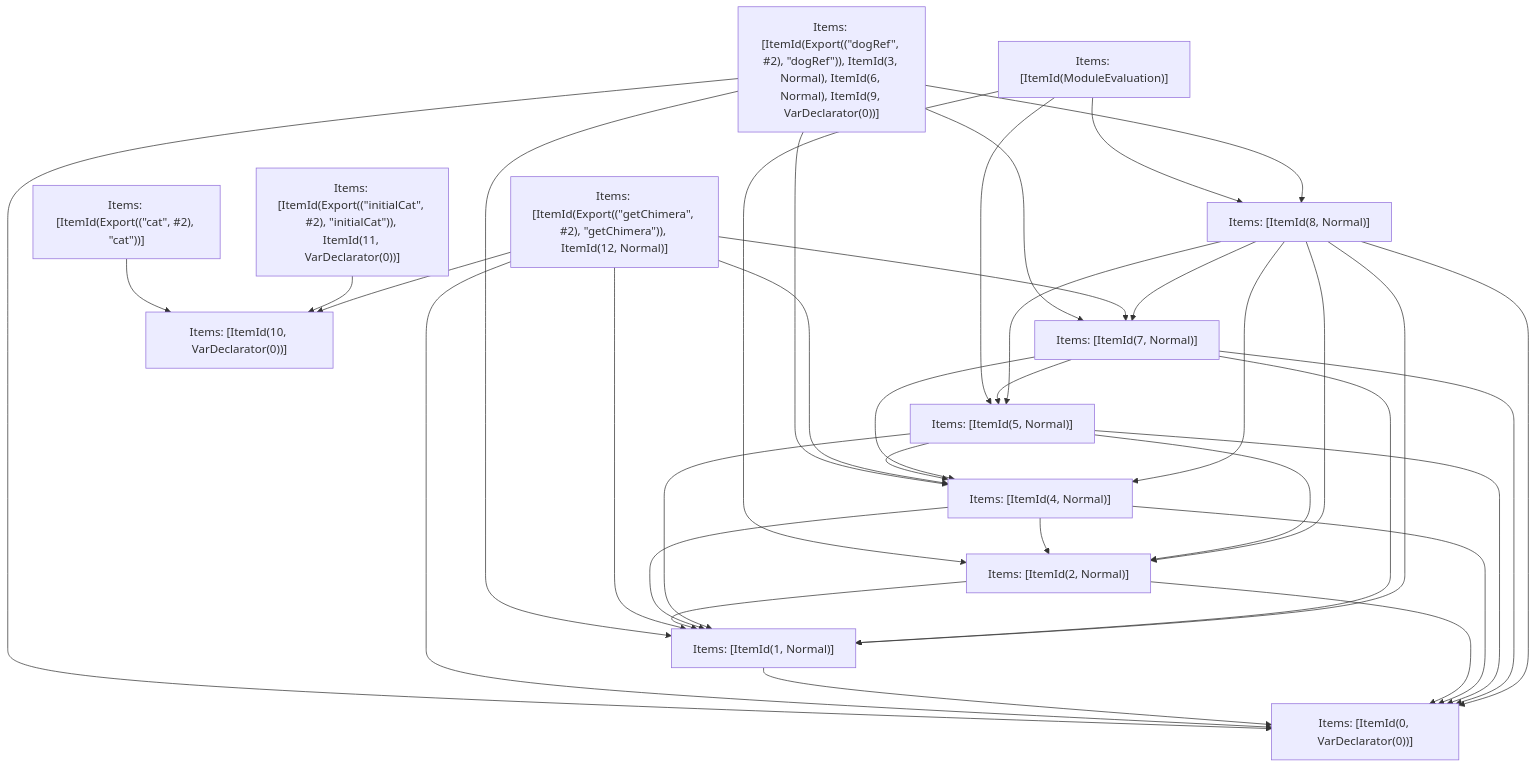
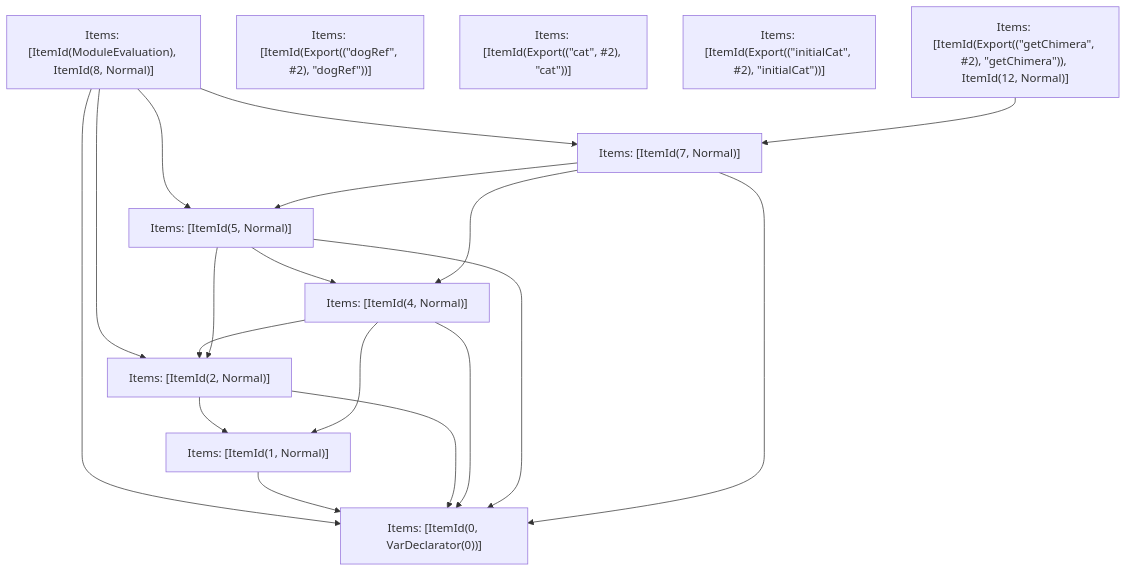
Before and after one commit to vercel/turborepo: the fifth of 5 diagrams in crates/turbopack-ecmascript/tests/tree-shaker/analyzer/complex/output.md, drawn with Mermaid. The commit also changed other lines of this file and 20 other files, not shown here.

````diff
--- a/crates/turbopack-ecmascript/tests/tree-shaker/analyzer/complex/output.md
+++ b/crates/turbopack-ecmascript/tests/tree-shaker/analyzer/complex/output.md
@@ -382,51 +347,31 @@
 ```mermaid
 graph TD
-    N0["Items: [ItemId(ModuleEvaluation)]"];
-    N1["Items: [ItemId(Export((&quot;dogRef&quot;, #2), &quot;dogRef&quot;)), ItemId(3, Normal), ItemId(6, Normal), ItemId(9, VarDeclarator(0))]"];
+    N0["Items: [ItemId(ModuleEvaluation), ItemId(8, Normal)]"];
+    N1["Items: [ItemId(Export((&quot;dogRef&quot;, #2), &quot;dogRef&quot;))]"];
     N2["Items: [ItemId(Export((&quot;cat&quot;, #2), &quot;cat&quot;))]"];
-    N3["Items: [ItemId(Export((&quot;initialCat&quot;, #2), &quot;initialCat&quot;)), ItemId(11, VarDeclarator(0))]"];
+    N3["Items: [ItemId(Export((&quot;initialCat&quot;, #2), &quot;initialCat&quot;))]"];
     N4["Items: [ItemId(Export((&quot;getChimera&quot;, #2), &quot;getChimera&quot;)), ItemId(12, Normal)]"];
     N5["Items: [ItemId(0, VarDeclarator(0))]"];
     N6["Items: [ItemId(1, Normal)]"];
     N7["Items: [ItemId(2, Normal)]"];
     N8["Items: [ItemId(4, Normal)]"];
     N9["Items: [ItemId(5, Normal)]"];
     N10["Items: [ItemId(7, Normal)]"];
-    N11["Items: [ItemId(8, Normal)]"];
-    N12["Items: [ItemId(10, VarDeclarator(0))]"];
     N0 --> N7;
     N0 --> N9;
-    N0 --> N11;
-    N1 --> N5;
-    N1 --> N6;
-    N1 --> N8;
-    N1 --> N10;
-    N1 --> N11;
-    N2 --> N12;
-    N3 --> N12;
-    N4 --> N12;
-    N4 --> N5;
-    N4 --> N6;
-    N4 --> N8;
+    N0 --> N10;
+    N0 --> N5;
     N4 --> N10;
     N6 --> N5;
+    N7 --> N6;
     N7 --> N5;
-    N7 --> N6;
+    N8 --> N6;
     N8 --> N5;
-    N8 --> N6;
     N8 --> N7;
+    N9 --> N8;
     N9 --> N5;
-    N9 --> N6;
-    N9 --> N8;
     N9 --> N7;
+    N10 --> N8;
     N10 --> N5;
-    N10 --> N6;
-    N10 --> N8;
     N10 --> N9;
-    N11 --> N5;
-    N11 --> N6;
-    N11 --> N8;
-    N11 --> N10;
-    N11 --> N7;
-    N11 --> N9;
 ```
````
